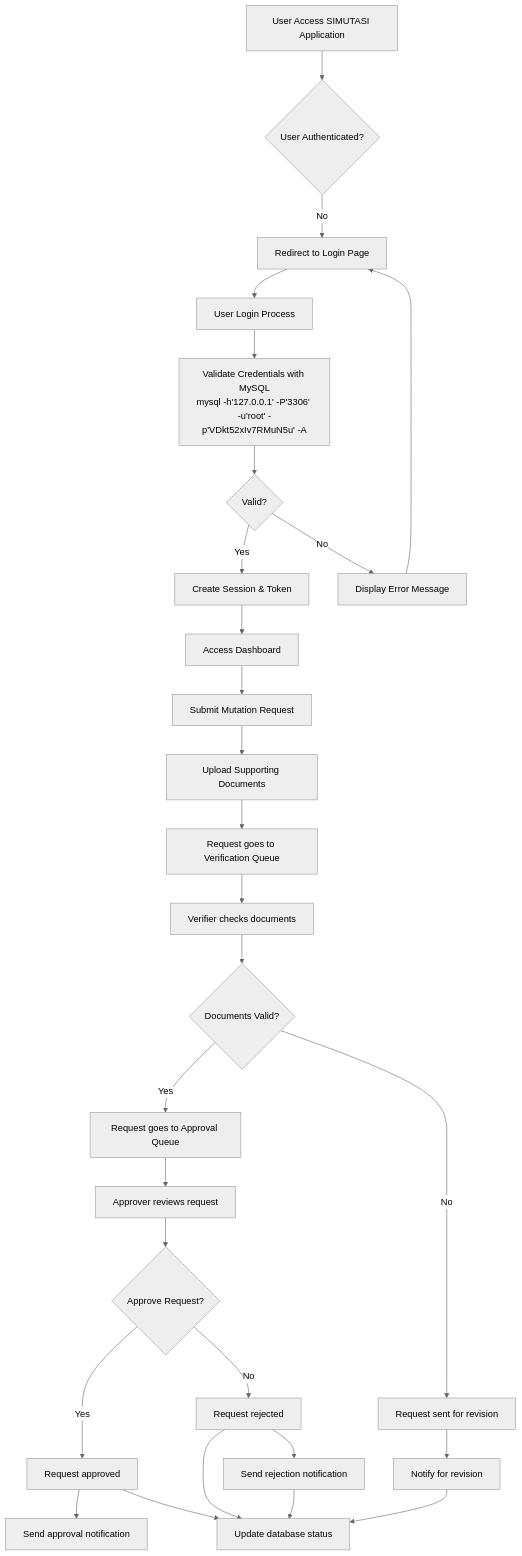
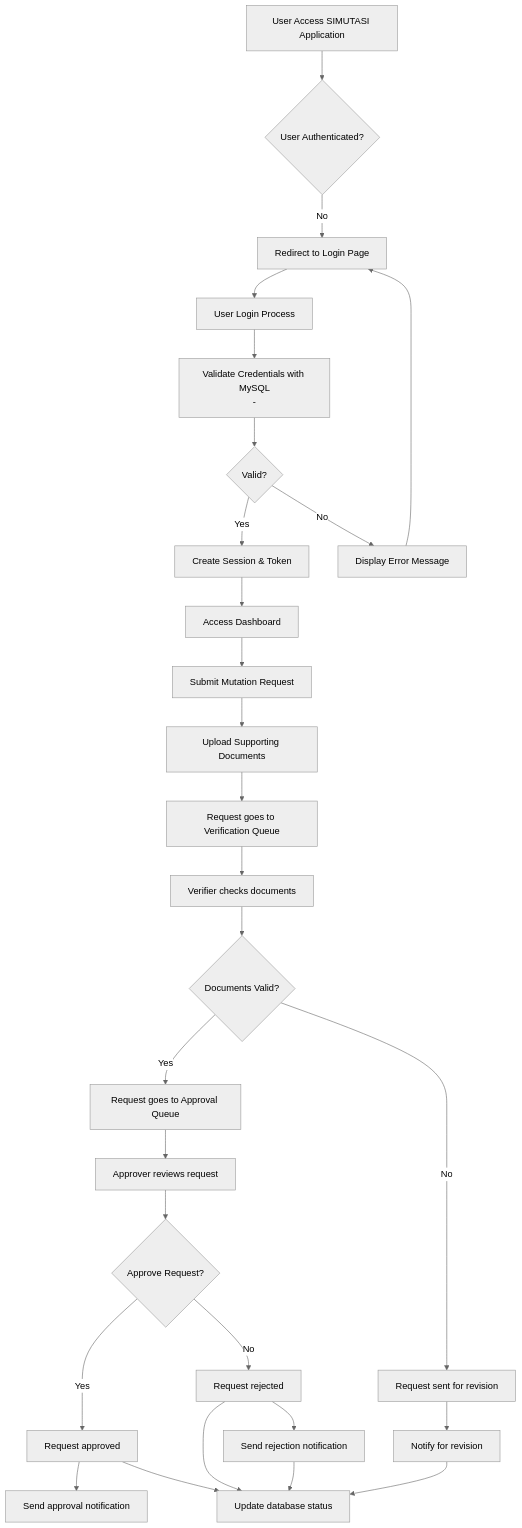
Before and after one commit to alibungker/superapp: the ninth of 11 diagrams in simutasi/simutasi_Software_Design_Description_(SDD).md, drawn with Mermaid (neutral theme). The commit also changed other lines of this file, not shown here.

````diff
--- a/simutasi/simutasi_Software_Design_Description_(SDD).md
+++ b/simutasi/simutasi_Software_Design_Description_(SDD).md
@@ -585,30 +585,30 @@
 ```mermaid
 flowchart TD
     A[User Access SIMUTASI Application] --> B{User Authenticated?}
     B -->|No| C[Redirect to Login Page]
     C --> D[User Login Process]
-    D --> E[Validate Credentials with MySQL<br/>mysql -h'127.0.0.1' -P'3306' -u'root' -p'VDkt52xIv7RMuN5u' -A]
+    D --> E[Validate Credentials with MySQL<br/>-]
     E --> F{Valid?}
     F -->|Yes| G[Create Session & Token]
     F -->|No| H[Display Error Message]
     H --> C
     G --> I[Access Dashboard]
     I --> J[Submit Mutation Request]
     J --> K[Upload Supporting Documents]
     K --> L[Request goes to Verification Queue]
     L --> M[Verifier checks documents]
     M --> N{Documents Valid?}
     N -->|Yes| O[Request goes to Approval Queue]
     N -->|No| P[Request sent for revision]
     O --> Q[Approver reviews request]
     Q --> R{Approve Request?}
     R -->|Yes| S[Request approved]
     R -->|No| T[Request rejected]
     S --> U[Send approval notification]
     T --> V[Send rejection notification]
     P --> W[Notify for revision]
     S --> X[Update database status]
     T --> X
     V --> X
     W --> X
 ```
````
